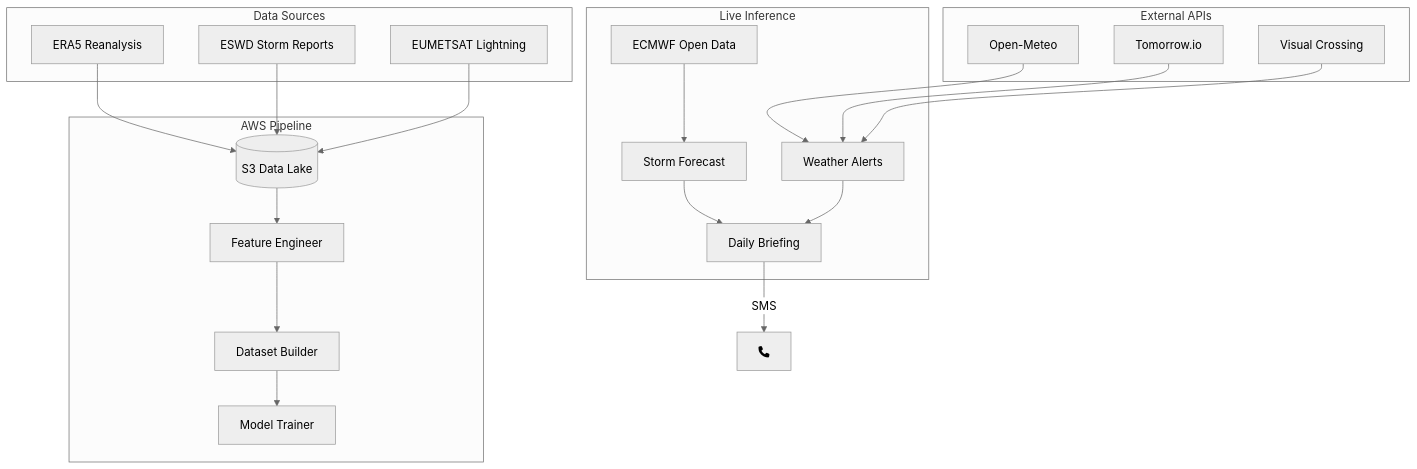
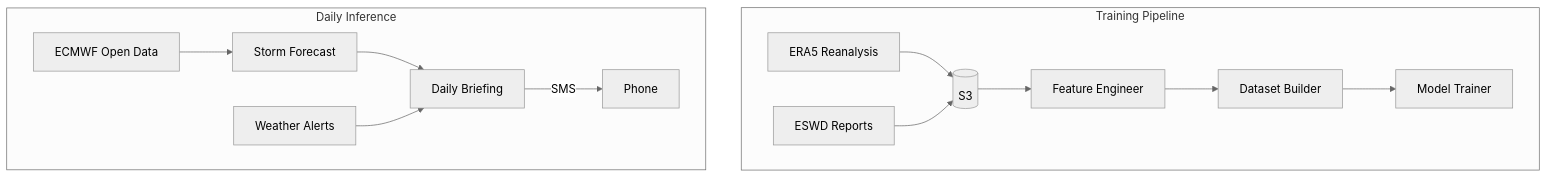
One commit to ChrisPedder/storm-tracking changed the first of 2 diagrams in presentation/slides.md. Above: the diagram before and after it, drawn with Mermaid (neutral theme). The commit also changed other lines of this file and 1 other file, not shown here.

First line of the commit message:
Fix presentation: mermaid rendering, text overflow, add LightGBM/SHAP detail

````diff
--- a/presentation/slides.md
+++ b/presentation/slides.md
@@ -64,40 +41,16 @@
 ```mermaid
 graph TB
-    subgraph Data Sources
-        ERA5[ERA5 Reanalysis]
-        ESWD[ESWD Storm Reports]
-        LTG[EUMETSAT Lightning]
+    subgraph Training Pipeline
+        ERA5[ERA5 Reanalysis] --> S3[(S3)]
+        ESWD[ESWD Reports] --> S3
+        S3 --> FE[Feature Engineer]
+        FE --> DB[Dataset Builder]
+        DB --> MT[Model Trainer]
     end
-
-    subgraph AWS Pipeline
-        S3[(S3 Data Lake)]
-        FE[Feature Engineer]
-        DB[Dataset Builder]
-        MT[Model Trainer]
+    subgraph Daily Inference
+        ECMWF[ECMWF Open Data] --> SF[Storm Forecast]
+        SF --> BR[Daily Briefing]
+        WA[Weather Alerts] --> BR
+        BR -->|SMS| P[Phone]
     end
-
-    subgraph Live Inference
-        ECMWF[ECMWF Open Data]
-        SF[Storm Forecast]
-        WA[Weather Alerts]
-        BR[Daily Briefing]
-    end
-
-    subgraph External APIs
-        OM[Open-Meteo]
-        TIO[Tomorrow.io]
-        VC[Visual Crossing]
-    end
-
-    ERA5 --> S3
-    ESWD --> S3
-    LTG --> S3
-    S3 --> FE --> DB --> MT
-    ECMWF --> SF
-    OM --> WA
-    TIO --> WA
-    VC --> WA
-    SF --> BR
-    WA --> BR
-    BR -->|SMS| Phone[fa:fa-phone]
 ```
````
